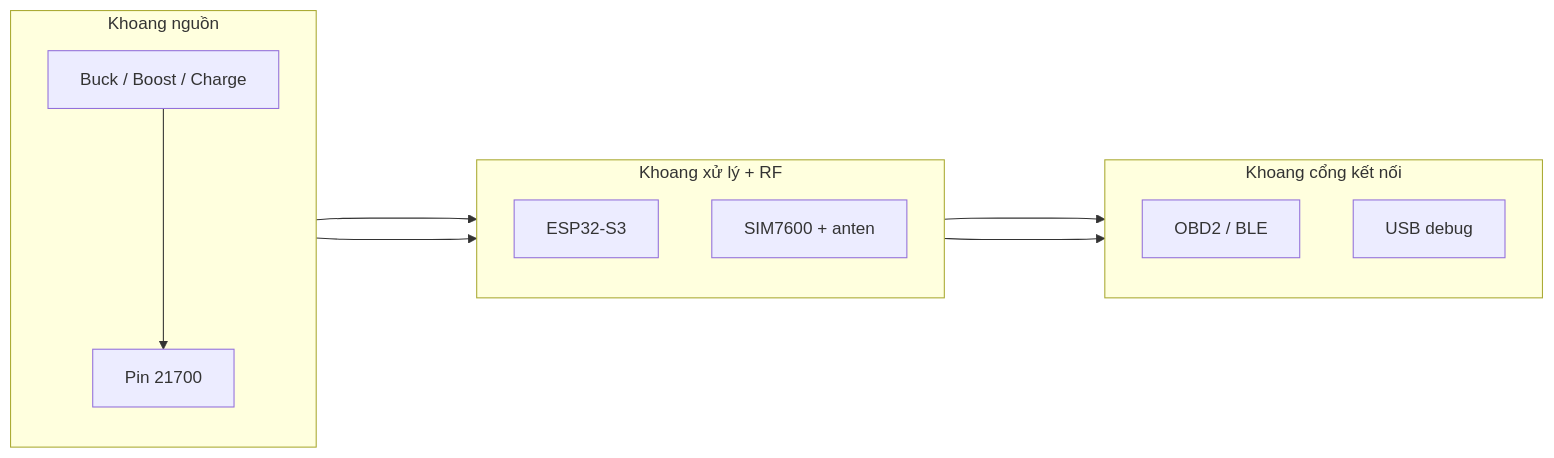
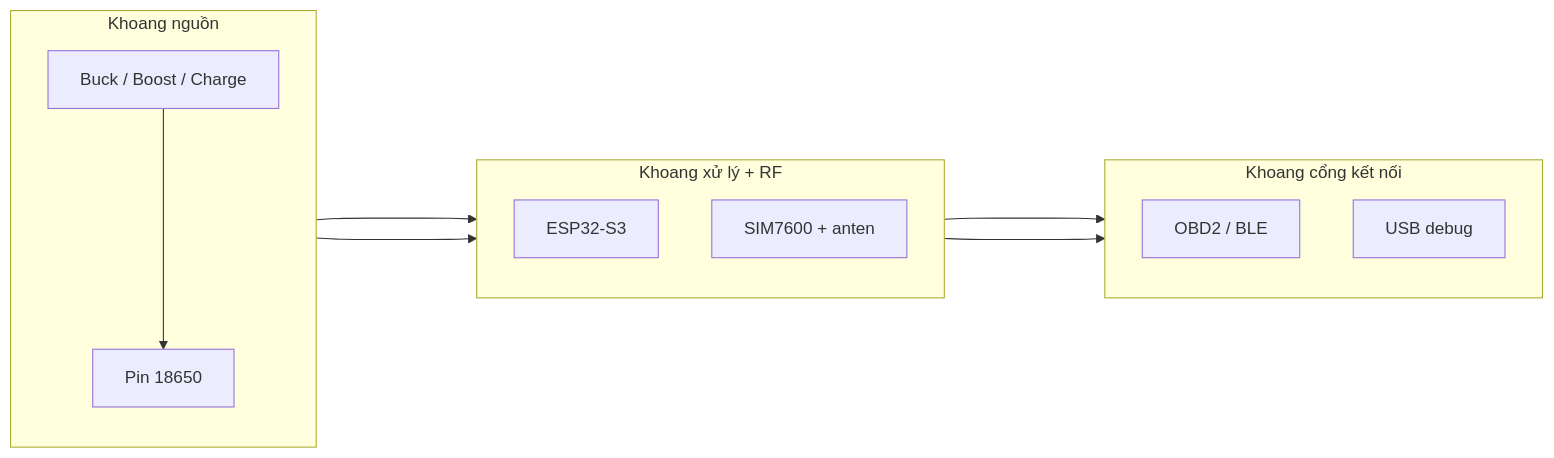
Before and after one commit to anmh1205/IoT_Vehicle_Tracking_System: the diagram in resources/reports/thesis/final/assets/uml/07-chuong-4-trien-khai-hardware-hinh-4-11.mmd, drawn with Mermaid. The commit also changed 34 other files, not shown here.

```diff
--- a/resources/reports/thesis/final/assets/uml/07-chuong-4-trien-khai-hardware-hinh-4-11.mmd
+++ b/resources/reports/thesis/final/assets/uml/07-chuong-4-trien-khai-hardware-hinh-4-11.mmd
@@ -1,24 +1,24 @@
 flowchart LR
     subgraph PowerZone["Khoang nguồn"]
         direction TB
         POWER["Buck / Boost / Charge"]
-        CELL["Pin 21700"]
+        CELL["Pin 18650"]
         POWER ----> CELL
     end
 
     subgraph CoreZone["Khoang xử lý + RF"]
         direction TB
         MCU["ESP32-S3"]
         MODEM["SIM7600 + anten"]
     end
 
     subgraph IOZone["Khoang cổng kết nối"]
         direction TB
         OBD["OBD2 / BLE"]
         PORT["USB debug"]
     end
 
     POWER ----> MCU
     POWER ----> MODEM
     MCU ----> OBD
     MCU ----> PORT
```
